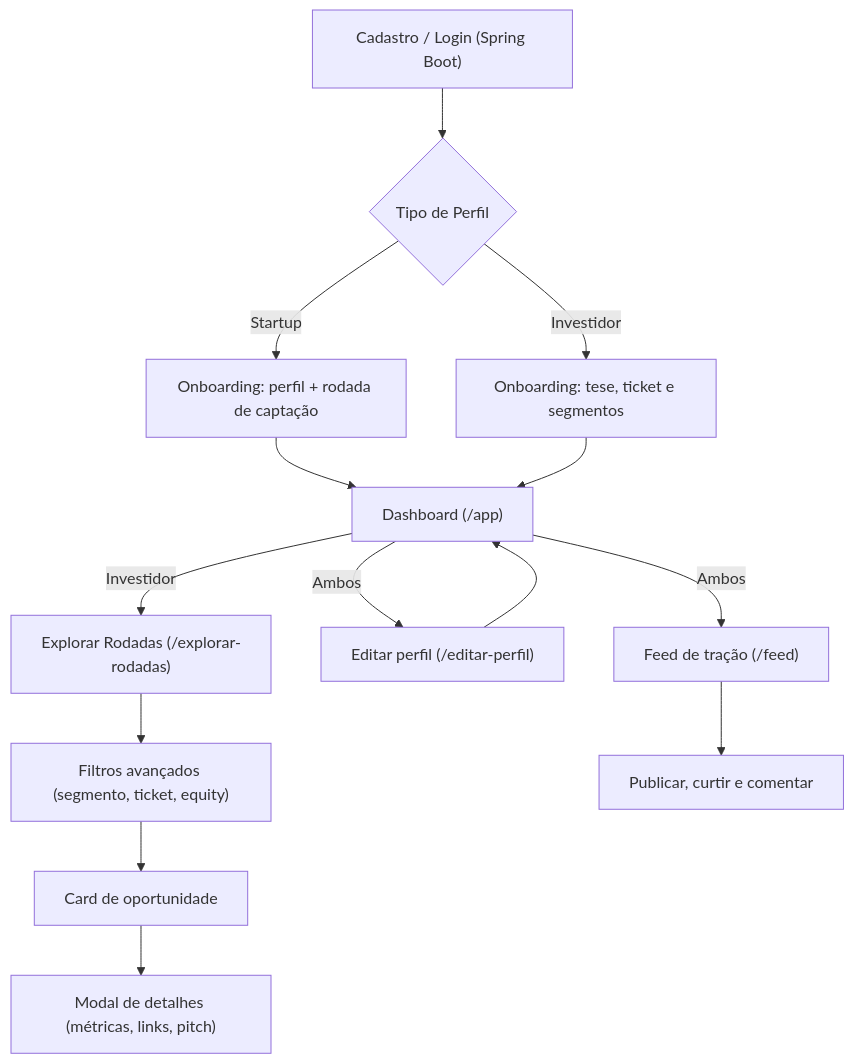
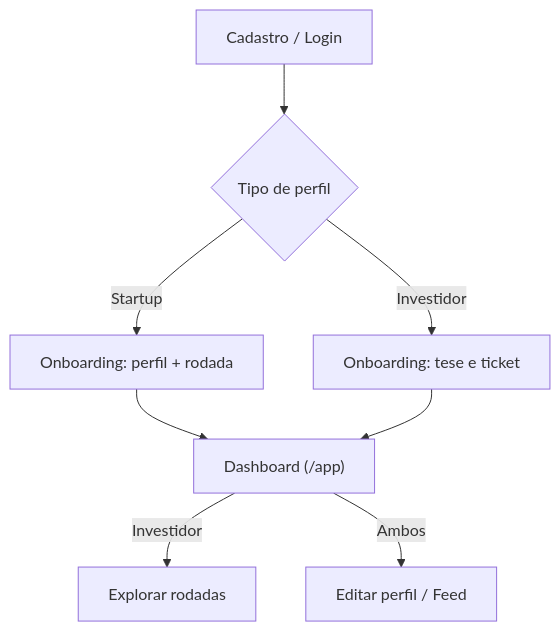
The diagram in README.md (EduardoSoares13945/altura), drawn with Mermaid before and after one commit. The commit also changed other lines of this file, not shown here.

````diff
--- a/README.md
+++ b/README.md
@@ -163,16 +64,10 @@
 ```mermaid
 flowchart TD
-    A["Cadastro / Login (Spring Boot)"] --> B{"Tipo de Perfil"}
-    B -->|Startup| C["Onboarding: perfil + rodada de captação"]
-    B -->|Investidor| D["Onboarding: tese, ticket e segmentos"]
+    A["Cadastro / Login"] --> B{"Tipo de perfil"}
+    B -->|Startup| C["Onboarding: perfil + rodada"]
+    B -->|Investidor| D["Onboarding: tese e ticket"]
     C --> E["Dashboard (/app)"]
     D --> E
-    E -->|Investidor| F["Explorar Rodadas (/explorar-rodadas)"]
-    F --> G["Filtros avançados (segmento, ticket, equity)"]
-    G --> H["Card de oportunidade"]
-    H --> I["Modal de detalhes (métricas, links, pitch)"]
-    E -->|Ambos| J["Editar perfil (/editar-perfil)"]
-    J --> E
-    E -->|Ambos| K["Feed de tração (/feed)"]
-    K --> L["Publicar, curtir e comentar"]
+    E -->|Investidor| F["Explorar rodadas"]
+    E -->|Ambos| G["Editar perfil / Feed"]
 ```
````
